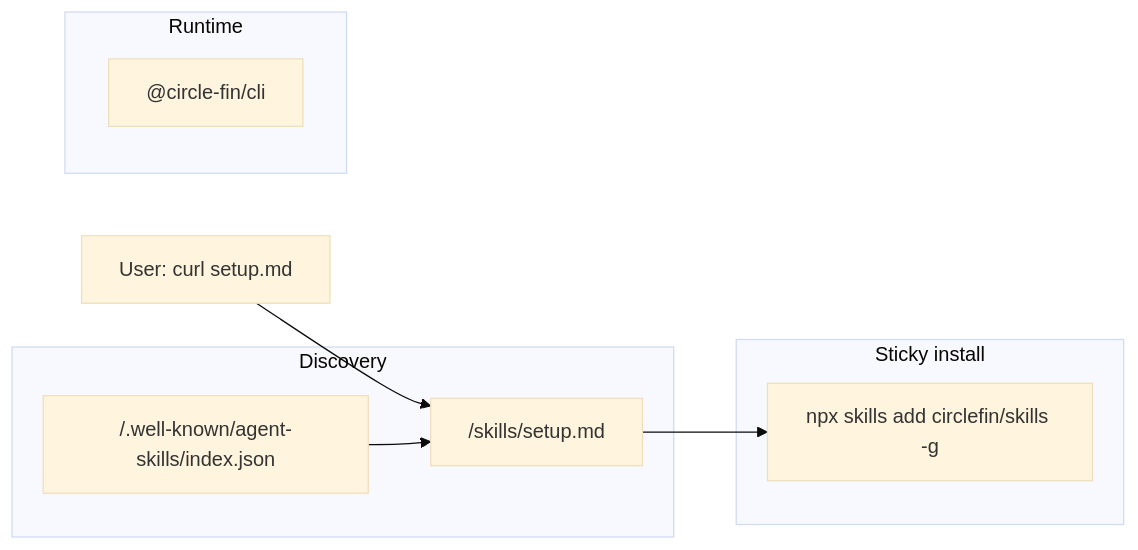
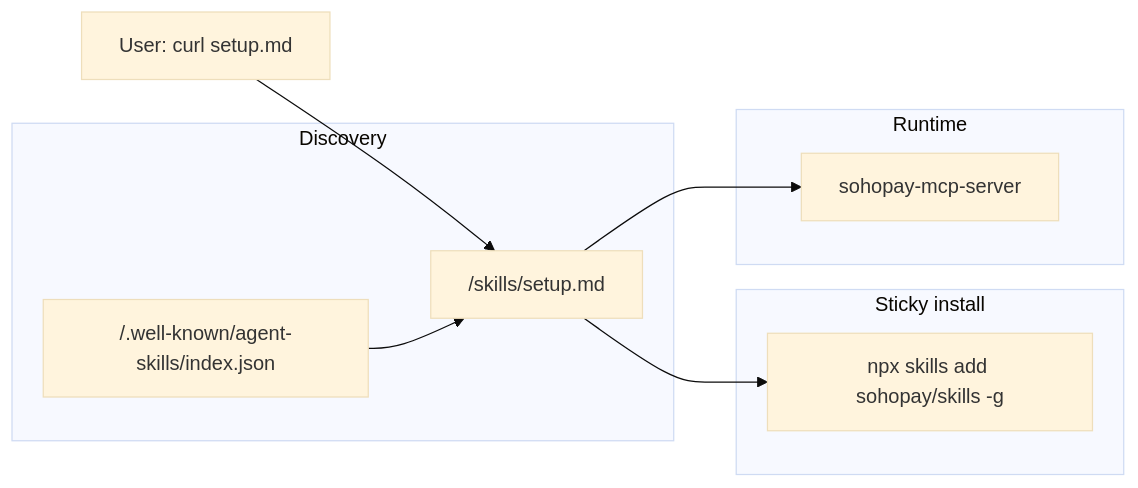
One commit to sohopay/skills changed the first of 2 diagrams in docs/PLAN.md. Above: the diagram before and after it, drawn with Mermaid (base theme). The commit also changed other lines of this file and 12 other files, not shown here.

Commit message:
chore: sync soho-mcp-server → sohopay-mcp-server naming baseline

````diff
--- a/docs/PLAN.md
+++ b/docs/PLAN.md
@@ -24,16 +24,17 @@
 ```mermaid
 flowchart LR
   subgraph discovery [Discovery]
     Index["/.well-known/agent-skills/index.json"]
     Setup["/skills/setup.md"]
   end
   subgraph install [Sticky install]
-    Registry["npx skills add circlefin/skills -g"]
+    Registry["npx skills add sohopay/skills -g"]
   end
   subgraph runtime [Runtime]
-    CircleCLI["@circle-fin/cli"]
+    McpServer["sohopay-mcp-server"]
   end
   Landing["User: curl setup.md"] --> Setup
   Setup --> Registry
   Index --> Setup
+  Setup --> McpServer
 ```
````
